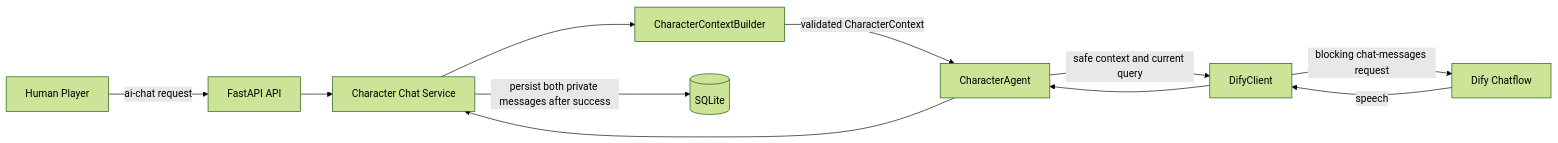
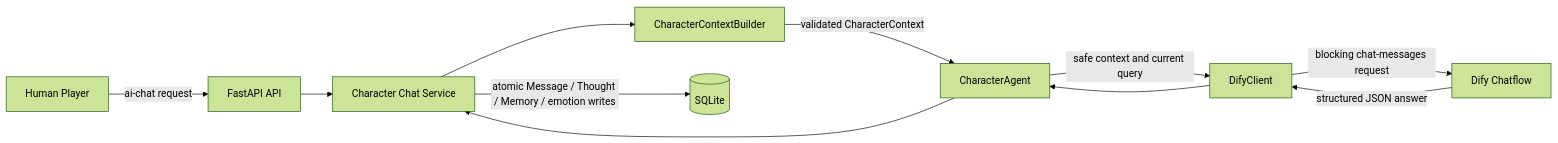
Before and after one commit to leerenxunlll/ollama-project: the fourth of 5 diagrams in dify-project/docs/architecture.md, drawn with Mermaid (forest theme). The commit also changed other lines of this file and 28 other files, not shown here.

````diff
--- a/dify-project/docs/architecture.md
+++ b/dify-project/docs/architecture.md
@@ -104,13 +104,13 @@
 ```mermaid
 flowchart LR
     Player[Human Player] -->|ai-chat request| API[FastAPI API]
     API --> Service[Character Chat Service]
     Service --> Builder[CharacterContextBuilder]
     Builder -->|validated CharacterContext| Agent[CharacterAgent]
     Agent -->|safe context and current query| Client[DifyClient]
     Client -->|blocking chat-messages request| Dify[Dify Chatflow]
-    Dify -->|speech| Client
+    Dify -->|structured JSON answer| Client
     Client --> Agent
     Agent --> Service
-    Service -->|persist both private messages after success| DB[(SQLite)]
+    Service -->|atomic Message / Thought / Memory / emotion writes| DB[(SQLite)]
 ```
````
